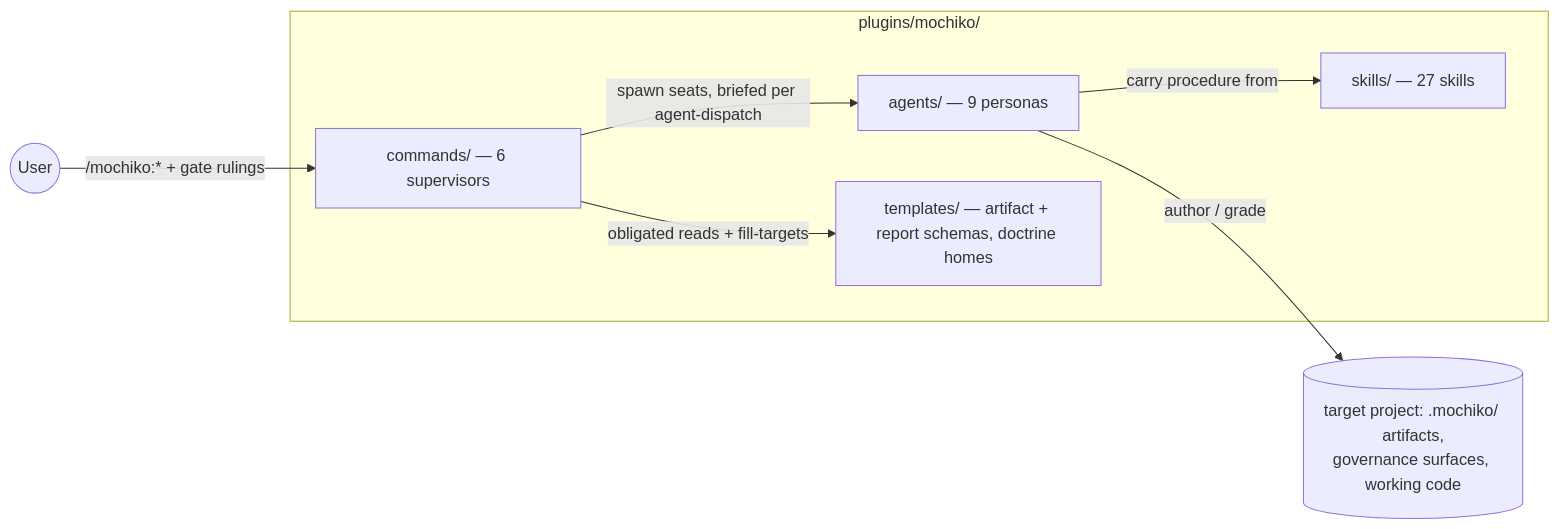
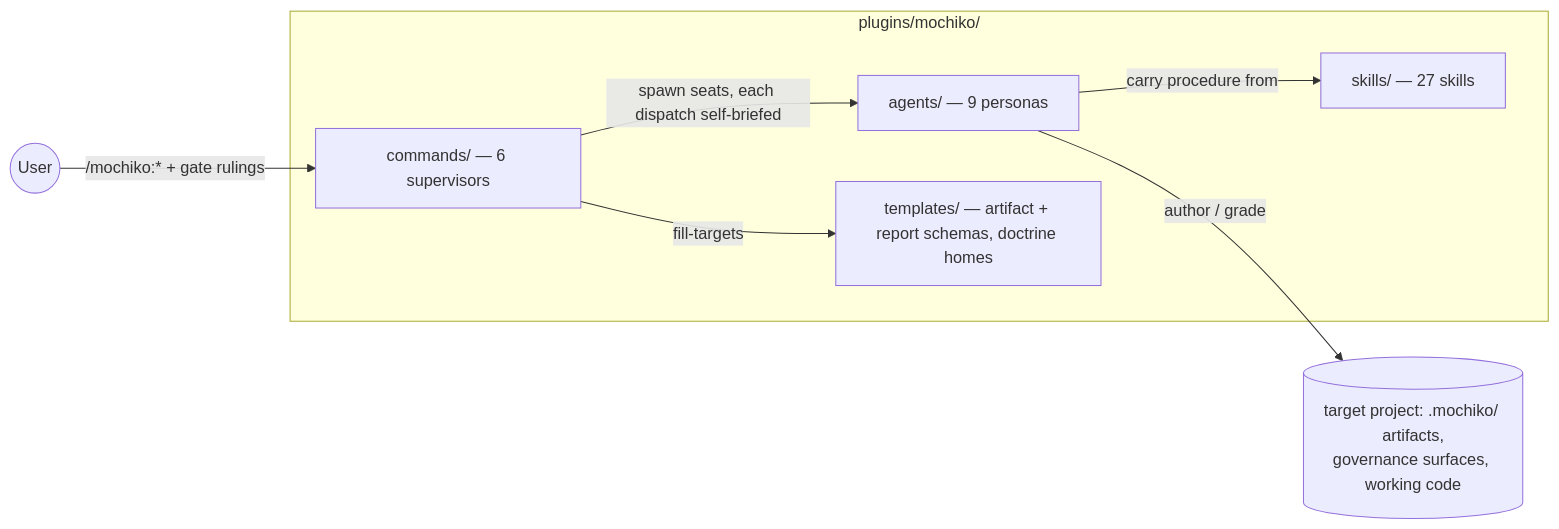
Before and after one commit to humaninloop-dev/mochiko: the first of 8 diagrams in ARCHITECTURE.md, drawn with Mermaid. The commit also changed other lines of this file and 21 other files, not shown here.

Commit message:
Doctrine purge wave 2: delete agent-dispatch + sized-end-stage-review + workflow-contract,    doctrine-template class empty (v0.47.0)

````diff
--- a/ARCHITECTURE.md
+++ b/ARCHITECTURE.md
@@ -19,15 +19,15 @@
 ```mermaid
 flowchart LR
   user(("User"))
   user -->|"/mochiko:* + gate rulings"| commands
   subgraph plugin ["plugins/mochiko/"]
     commands["commands/ — 6 supervisors"]
     agents["agents/ — 9 personas"]
     skills["skills/ — 27 skills"]
     templates["templates/ — artifact + report schemas, doctrine homes"]
-    commands -->|"spawn seats, briefed per agent-dispatch"| agents
+    commands -->|"spawn seats, each dispatch self-briefed"| agents
     agents -->|"carry procedure from"| skills
-    commands -->|"obligated reads + fill-targets"| templates
+    commands -->|"fill-targets"| templates
   end
   agents -->|"author / grade"| target[("target project: .mochiko/ artifacts,<br/>governance surfaces, working code")]
 ```
````
